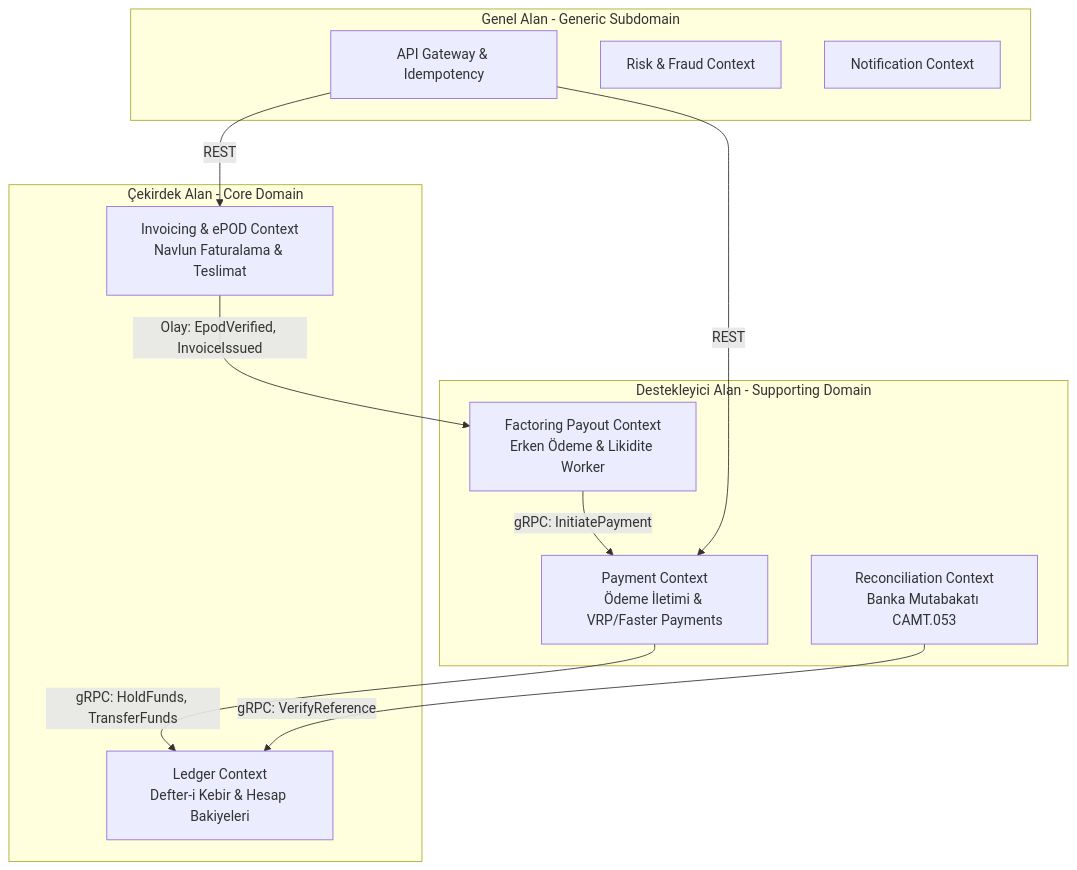
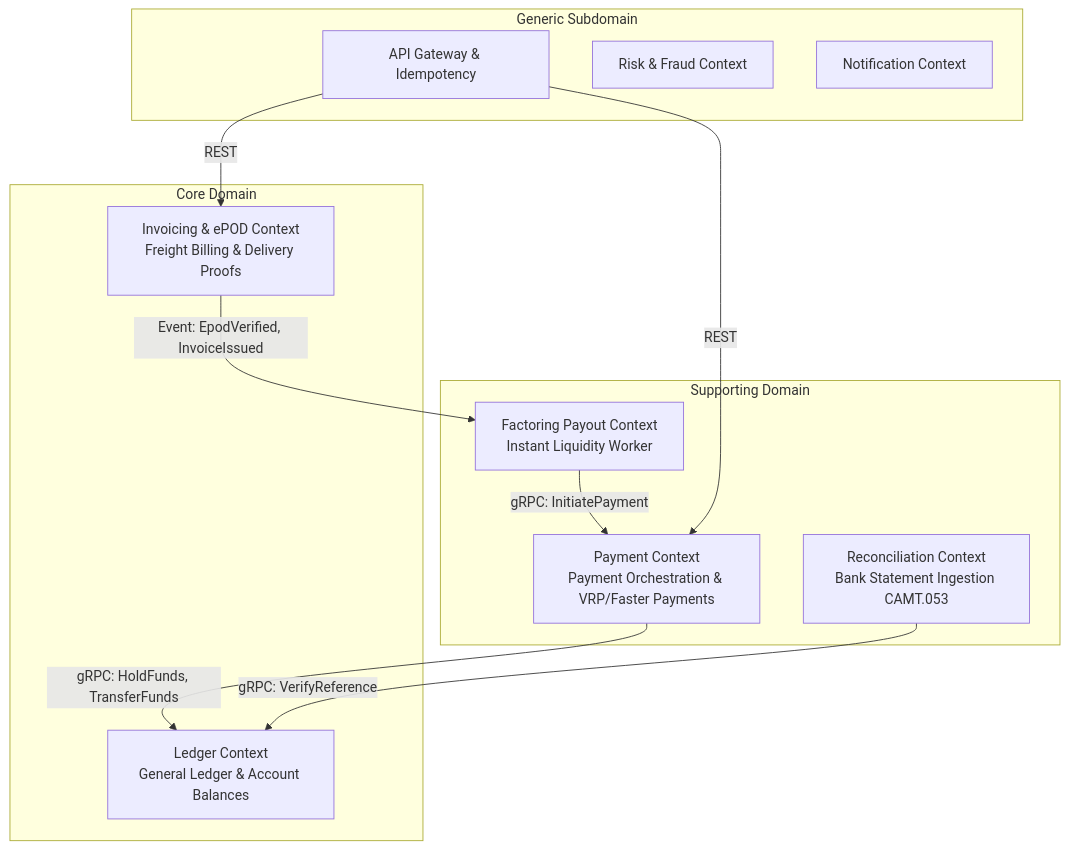
Before and after one commit to netologist/smartpay-system: the diagram in docs/architecture/high-level-architecture.md, drawn with Mermaid. The commit also changed other lines of this file and 22 other files, not shown here.

Commit message:
docs: translate all architecture docs, ADRs, story cards, and README to English

````diff
--- a/docs/architecture/high-level-architecture.md
+++ b/docs/architecture/high-level-architecture.md
@@ -18,26 +18,26 @@
 ```mermaid
 graph TD
-    subgraph CoreDomain[Çekirdek Alan - Core Domain]
-        LedgerBC[Ledger Context<br/>Defter-i Kebir & Hesap Bakiyeleri]
-        InvoiceBC[Invoicing & ePOD Context<br/>Navlun Faturalama & Teslimat]
+    subgraph CoreDomain[Core Domain]
+        LedgerBC[Ledger Context<br/>General Ledger & Account Balances]
+        InvoiceBC[Invoicing & ePOD Context<br/>Freight Billing & Delivery Proofs]
     end
 
-    subgraph SupportingDomain[Destekleyici Alan - Supporting Domain]
-        PaymentBC[Payment Context<br/>Ödeme İletimi & VRP/Faster Payments]
-        PayoutBC[Factoring Payout Context<br/>Erken Ödeme & Likidite Worker]
-        ReconBC[Reconciliation Context<br/>Banka Mutabakatı CAMT.053]
+    subgraph SupportingDomain[Supporting Domain]
+        PaymentBC[Payment Context<br/>Payment Orchestration & VRP/Faster Payments]
+        PayoutBC[Factoring Payout Context<br/>Instant Liquidity Worker]
+        ReconBC[Reconciliation Context<br/>Bank Statement Ingestion CAMT.053]
     end
 
-    subgraph GenericDomain[Genel Alan - Generic Subdomain]
+    subgraph GenericDomain[Generic Subdomain]
         GatewayBC[API Gateway & Idempotency]
         RiskBC[Risk & Fraud Context]
         NotificationBC[Notification Context]
     end
 
-    InvoiceBC -->|Olay: EpodVerified, InvoiceIssued| PayoutBC
+    InvoiceBC -->|Event: EpodVerified, InvoiceIssued| PayoutBC
     PayoutBC -->|gRPC: InitiatePayment| PaymentBC
     PaymentBC -->|gRPC: HoldFunds, TransferFunds| LedgerBC
     ReconBC -->|gRPC: VerifyReference| LedgerBC
     GatewayBC -->|REST| InvoiceBC
     GatewayBC -->|REST| PaymentBC
 ```
````
